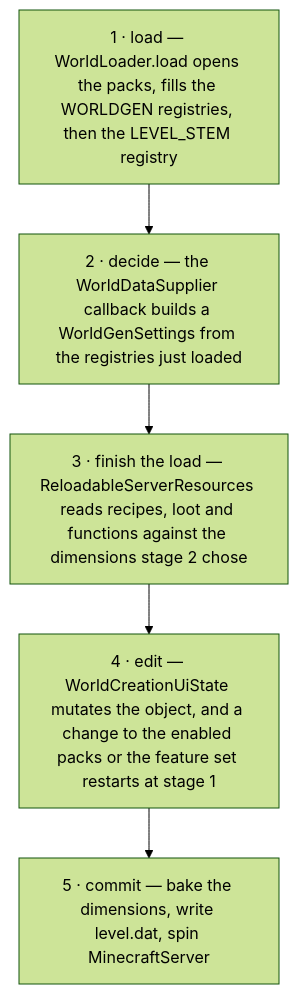
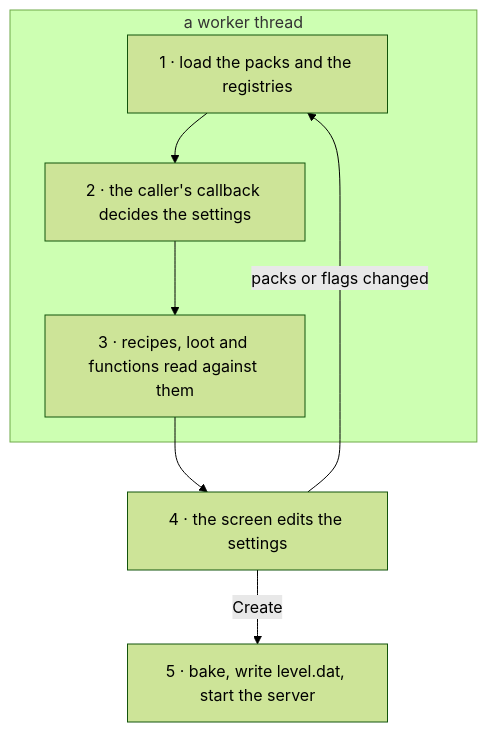
Before and after one commit to AlexanderjFraser/MinecraftDocs: the first of 2 diagrams in src/systems/worldgen/creating-a-world.md, drawn with Mermaid (forest theme). The commit also changed other lines of this file and 16 other files, not shown here.

First line of the commit message:
pass 7, session L — Part XII: a figure that contradicted its page's own hook, twice, and the caller's method at the callee in a tenth part of ten

````diff
--- a/src/systems/worldgen/creating-a-world.md
+++ b/src/systems/worldgen/creating-a-world.md
@@ -47,8 +47,10 @@
 ```mermaid
-flowchart TB
-    A["1 · load — WorldLoader.load opens the packs, fills the WORLDGEN registries, then the LEVEL_STEM registry"]
-    A --> B["2 · decide — the WorldDataSupplier callback builds a WorldGenSettings from the registries just loaded"]
-    B --> C["3 · finish the load — ReloadableServerResources reads recipes, loot and functions against the dimensions stage 2 chose"]
-    C --> D["4 · edit — WorldCreationUiState mutates the object, and a change to the enabled packs or the feature set restarts at stage 1"]
-    D --> E["5 · commit — bake the dimensions, write level.dat, spin MinecraftServer"]
+flowchart TD
+    subgraph WL["a worker thread"]
+        A["1 · load the packs and the registries"] --> B["2 · the caller's callback decides the settings"]
+        B --> C["3 · recipes, loot and functions read against them"]
+    end
+    C --> D["4 · the screen edits the settings"]
+    D -->|"packs or flags changed"| A
+    D -->|"Create"| E["5 · bake, write level.dat, start the server"]
 ```
````
